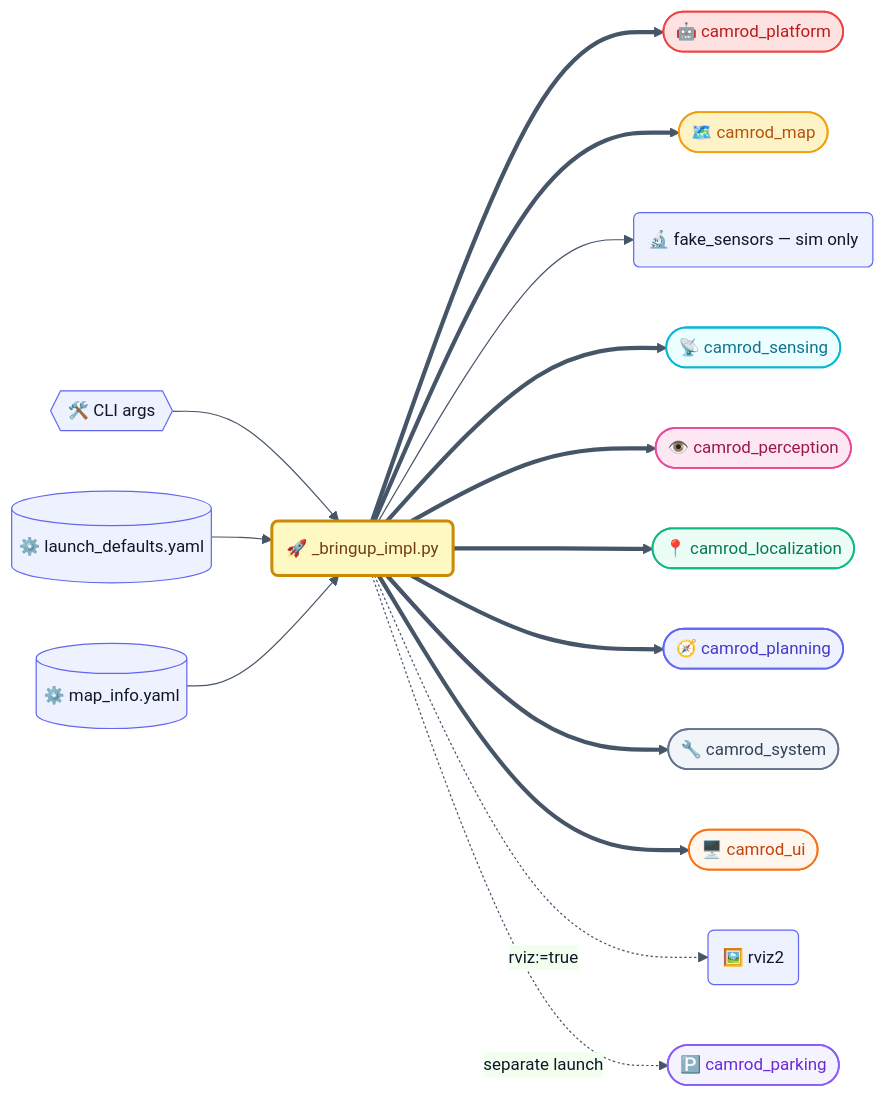
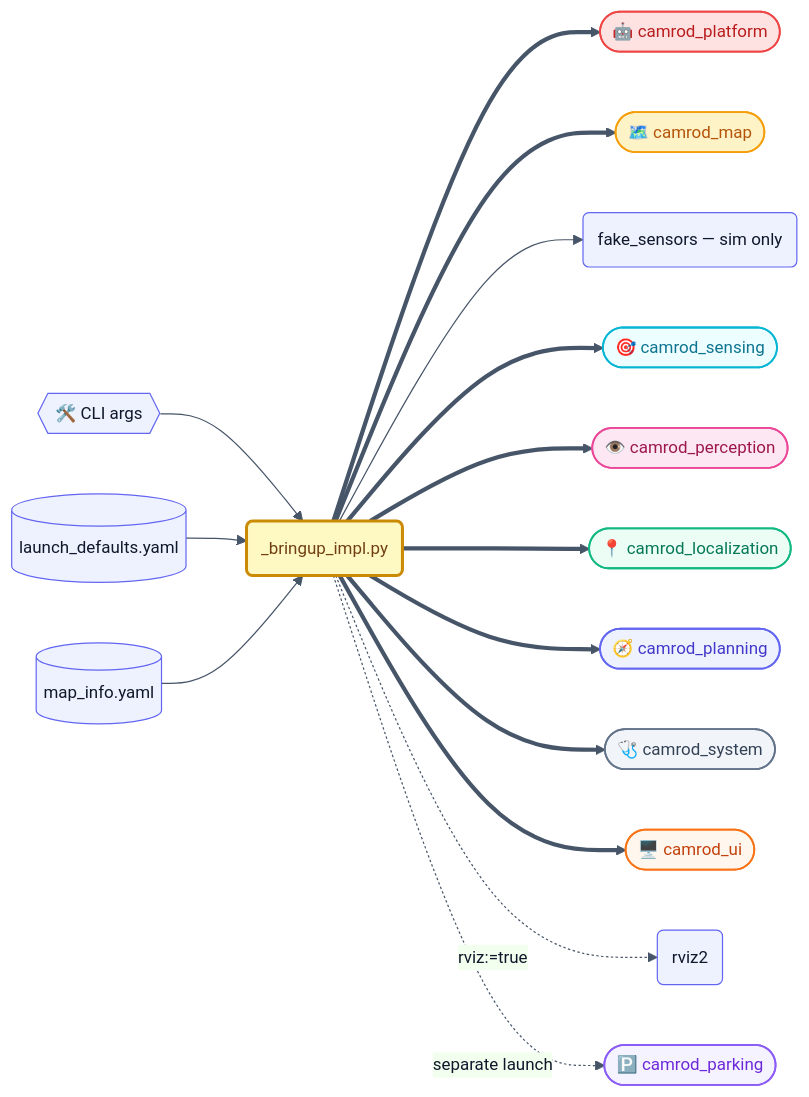
Before and after one commit to hwanhonglee/CAMROD: the first of 3 diagrams in camrod_bringup/README.md, drawn with Mermaid. The commit also changed other lines of this file and 11 other files, not shown here.

First line of the commit message:
docs: fix Mermaid syntax errors and reduce emoji overuse in all READMEs

````diff
--- a/camrod_bringup/README.md
+++ b/camrod_bringup/README.md
@@ -48,42 +48,42 @@
 ```mermaid
 %%{init: {'theme': 'base', 'themeVariables': {'fontFamily': 'ui-sans-serif, system-ui, sans-serif', 'fontSize': '14px', 'primaryColor': '#EEF2FF', 'primaryTextColor': '#0F172A', 'primaryBorderColor': '#6366F1', 'lineColor': '#475569'}, 'flowchart': {'curve': 'basis', 'htmlLabels': true, 'padding': 12}}}%%
 graph LR
   classDef sensing      fill:#ECFEFF,stroke:#06B6D4,stroke-width:1.5px,color:#0E7490;
   classDef localization fill:#ECFDF5,stroke:#10B981,stroke-width:1.5px,color:#047857;
   classDef mapping      fill:#FEF3C7,stroke:#F59E0B,stroke-width:1.5px,color:#B45309;
   classDef perception   fill:#FCE7F3,stroke:#EC4899,stroke-width:1.5px,color:#9D174D;
   classDef planning     fill:#EEF2FF,stroke:#6366F1,stroke-width:1.5px,color:#4338CA;
   classDef platform     fill:#FEE2E2,stroke:#EF4444,stroke-width:1.5px,color:#B91C1C;
   classDef parking      fill:#F5F3FF,stroke:#8B5CF6,stroke-width:1.5px,color:#6D28D9;
   classDef system       fill:#F1F5F9,stroke:#64748B,stroke-width:1.5px,color:#334155;
   classDef ui           fill:#FFF7ED,stroke:#F97316,stroke-width:1.5px,color:#C2410C;
   classDef config       fill:#FFFBEB,stroke:#D97706,stroke-width:1.5px,color:#92400E;
   classDef highlight    fill:#FEF9C3,stroke:#CA8A04,stroke-width:2.5px,color:#713F12;
 
-  CLI{{🛠️ CLI args}} --> IMPL(🚀 _bringup_impl.py)
-  DEF[(⚙️ launch_defaults.yaml)] --> IMPL
-  MAPINFO[(⚙️ map_info.yaml)] --> IMPL
+  CLI{{🛠️ CLI args}} --> IMPL(_bringup_impl.py)
+  DEF[(launch_defaults.yaml)] --> IMPL
+  MAPINFO[(map_info.yaml)] --> IMPL
 
   IMPL ==> PLAT([🤖 camrod_platform])
   IMPL ==> MAP([🗺️ camrod_map])
-  IMPL --> SIM(🔬 fake_sensors — sim only)
-  IMPL ==> SENS([📡 camrod_sensing])
+  IMPL --> SIM(fake_sensors — sim only)
+  IMPL ==> SENS([🎯 camrod_sensing])
   IMPL ==> PER([👁️ camrod_perception])
   IMPL ==> LOC([📍 camrod_localization])
   IMPL ==> PLAN([🧭 camrod_planning])
-  IMPL ==> SYS([🔧 camrod_system])
+  IMPL ==> SYS([🩺 camrod_system])
   IMPL ==> UIPKG([🖥️ camrod_ui])
-  IMPL -.->|rviz:=true| RVIZ(🖼️ rviz2)
+  IMPL -.->|rviz:=true| RVIZ(rviz2)
   IMPL -.->|separate launch| PARK([🅿️ camrod_parking])
 
   class PLAT platform
   class MAP mapping
   class SENS sensing
   class PER perception
   class LOC localization
   class PLAN planning
   class SYS system
   class UIPKG ui
   class PARK parking
   class IMPL highlight
 ```
````
